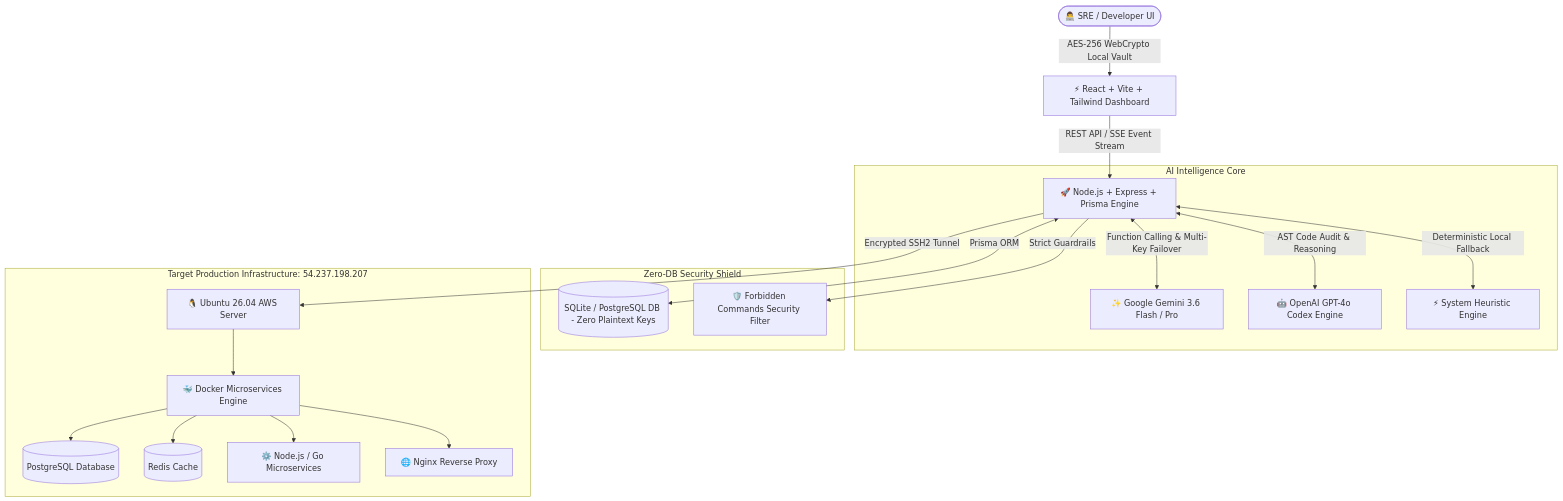
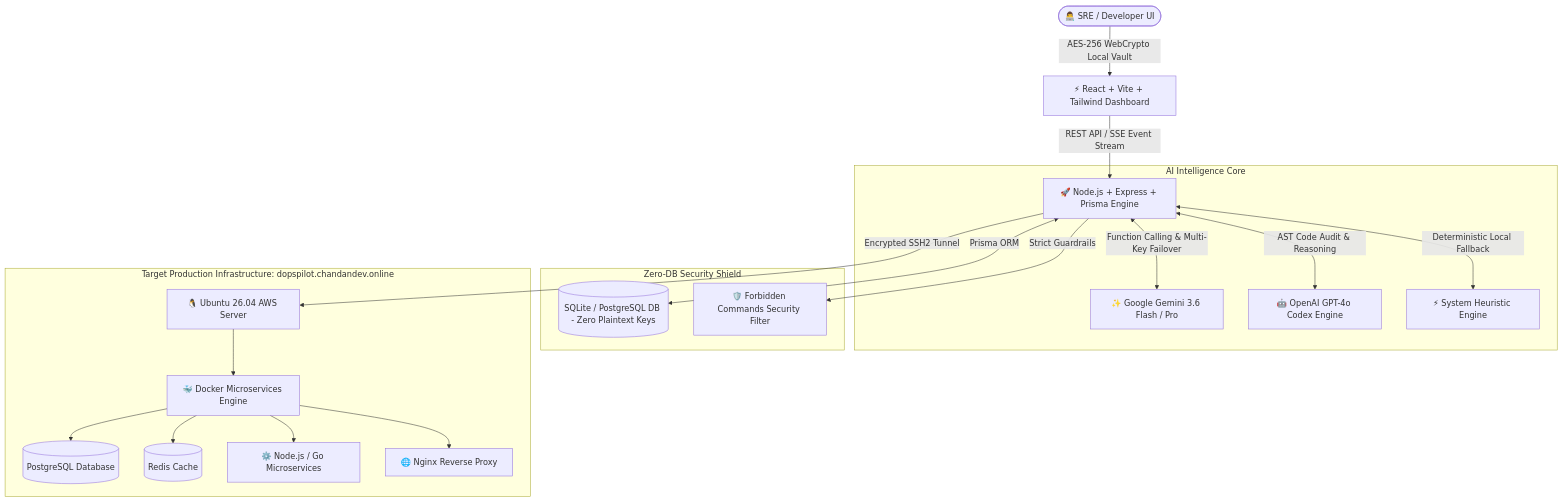
Before and after one commit to WildDragonDot/ops-pilot: the diagram in README.md, drawn with Mermaid. The commit also changed other lines of this file, not shown here.

````diff
--- a/README.md
+++ b/README.md
@@ -22,25 +22,25 @@
 ```mermaid
 graph TD
     User([👨‍💻 SRE / Developer UI]) -->|AES-256 WebCrypto Local Vault| Frontend[⚡ React + Vite + Tailwind Dashboard]
     Frontend -->|REST API / SSE Event Stream| Backend[🚀 Node.js + Express + Prisma Engine]
     
     subgraph AI Intelligence Core
         Backend <-->|Function Calling & Multi-Key Failover| Gemini[✨ Google Gemini 3.6 Flash / Pro]
         Backend <-->|AST Code Audit & Reasoning| OpenAI[🤖 OpenAI GPT-4o Codex Engine]
         Backend <-->|Deterministic Local Fallback| FallbackAI[⚡ System Heuristic Engine]
     end
     
     subgraph Zero-DB Security Shield
         Backend <-->|Prisma ORM| DB[(SQLite / PostgreSQL DB - Zero Plaintext Keys)]
         Backend -->|Strict Guardrails| Policy[🛡️ Forbidden Commands Security Filter]
     end
     
-    subgraph Target Production Infrastructure: 54.237.198.207
+    subgraph Target Production Infrastructure: dopspilot.chandandev.online
         Backend -->|Encrypted SSH2 Tunnel| Host[🐧 Ubuntu 26.04 AWS Server]
         Host --> Docker[🐳 Docker Microservices Engine]
         Docker --> PG[(PostgreSQL Database)]
         Docker --> Redis[(Redis Cache)]
         Docker --> Microservices[⚙️ Node.js / Go Microservices]
         Docker --> Nginx[🌐 Nginx Reverse Proxy]
     end
 ```
````
